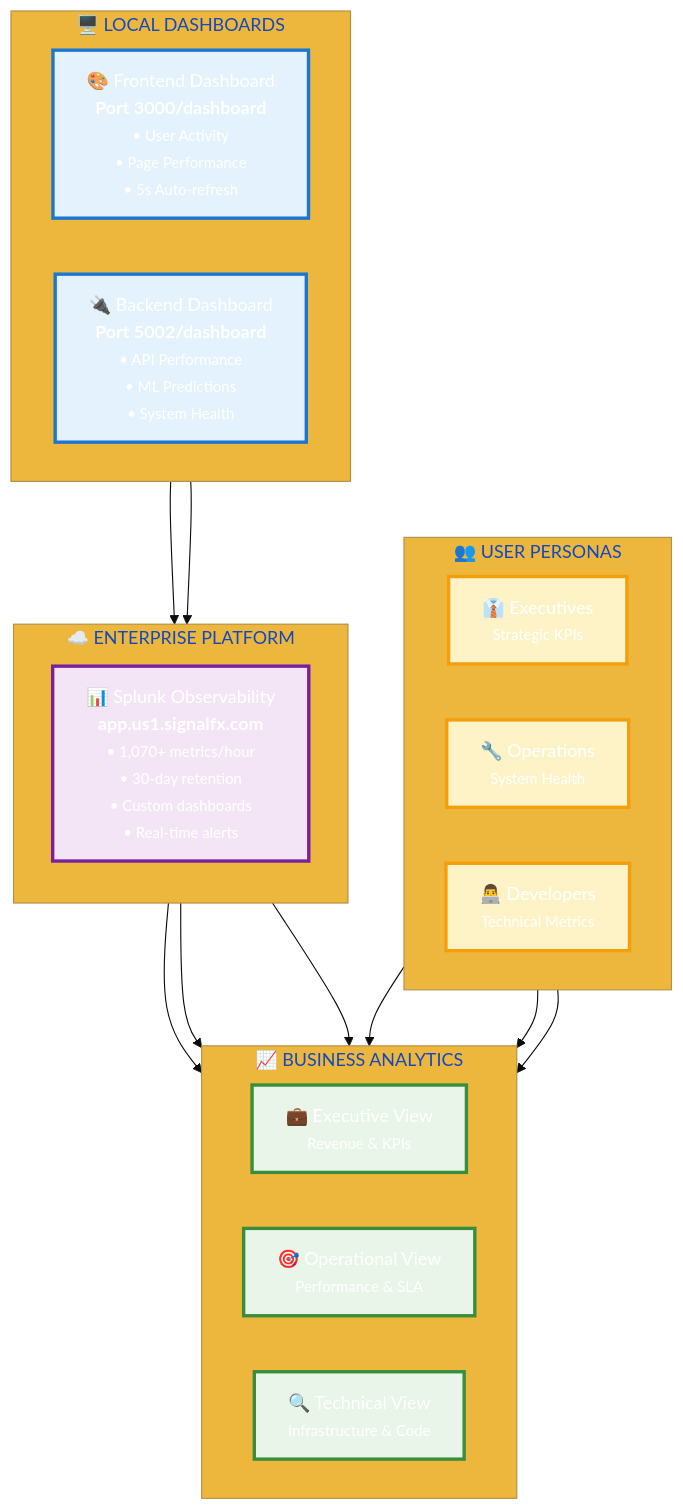
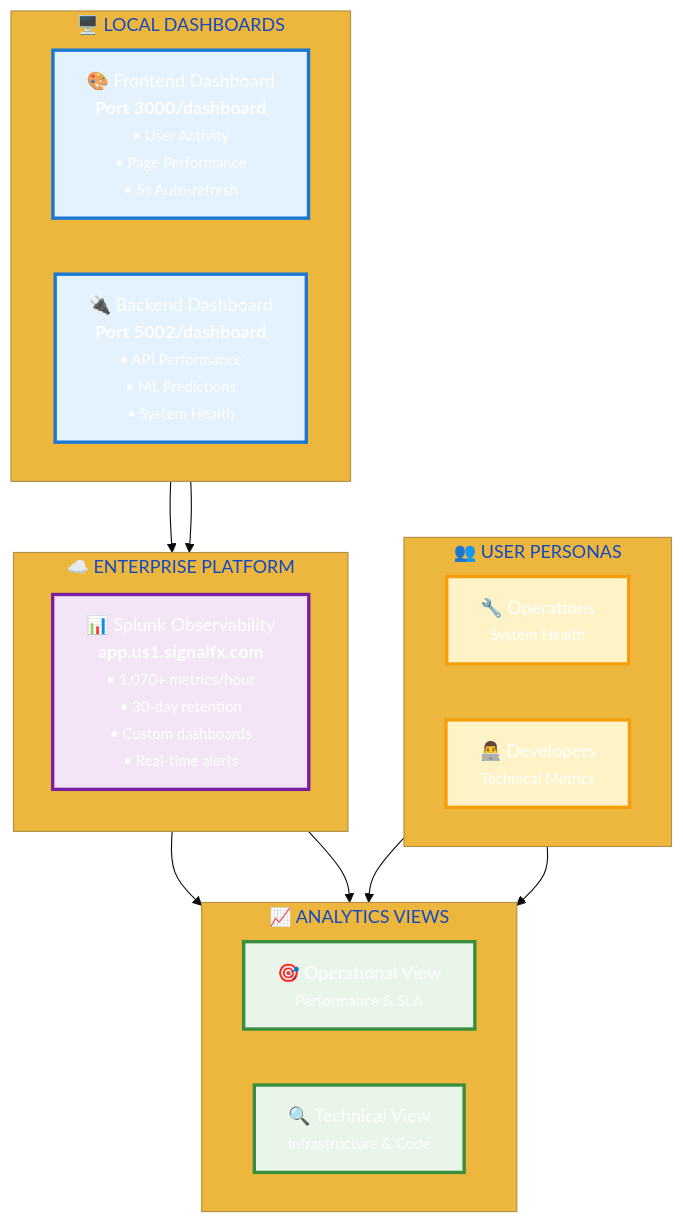
The fourth of 4 diagrams in docs/jenkins/DOCUMENTATION_FOR_EXPO.md (andreaendigital/CarPricePredictor-Demo), drawn with Mermaid before and after one commit.

Commit message:
docs: Simplify Dashboard Architecture - remove executive components
- Remove Executive persona from user personas section
- Remove Executive View from business analytics
- Simplify to Operations and Developers focus only
- Update analytics section title to 'Analytics Views'
- Streamline dashboard architecture for technical audiences
- Maintain professional styling and enterprise platform integration

````diff
--- a/docs/jenkins/DOCUMENTATION_FOR_EXPO.md
+++ b/docs/jenkins/DOCUMENTATION_FOR_EXPO.md
@@ -350,50 +350,50 @@
 ```mermaid
 %%{init: {'theme': 'base', 'themeVariables': {'primaryColor': '#2563eb', 'primaryTextColor': '#ffffff'}}}%%
 
 flowchart TB
     subgraph USERS ["👥 USER PERSONAS"]
         direction LR
-        U1["👔 Executives<br/><small>Strategic KPIs</small>"]
+
         U2["🔧 Operations<br/><small>System Health</small>"]
         U3["👨‍💻 Developers<br/><small>Technical Metrics</small>"]
     end
 
     subgraph LOCAL ["🖥️ LOCAL DASHBOARDS"]
         direction LR
         L1["🎨 Frontend Dashboard<br/><b>Port 3000/dashboard</b><br/><small>• User Activity<br/>• Page Performance<br/>• 5s Auto-refresh</small>"]
         L2["🔌 Backend Dashboard<br/><b>Port 5002/dashboard</b><br/><small>• API Performance<br/>• ML Predictions<br/>• System Health</small>"]
     end
 
     subgraph ENTERPRISE ["☁️ ENTERPRISE PLATFORM"]
         direction TB
         E1["📊 Splunk Observability<br/><b>app.us1.signalfx.com</b><br/><small>• 1,070+ metrics/hour<br/>• 30-day retention<br/>• Custom dashboards<br/>• Real-time alerts</small>"]
     end
 
-    subgraph ANALYTICS ["📈 BUSINESS ANALYTICS"]
+    subgraph ANALYTICS ["📈 ANALYTICS VIEWS"]
         direction LR
-        A1["💼 Executive View<br/><small>Revenue & KPIs</small>"]
+
         A2["🎯 Operational View<br/><small>Performance & SLA</small>"]
         A3["🔍 Technical View<br/><small>Infrastructure & Code</small>"]
     end
 
-    U1 --> A1
+
     U2 --> A2
     U3 --> A3
 
     L1 --> E1
     L2 --> E1
 
-    E1 --> A1
+
     E1 --> A2
     E1 --> A3
 
     classDef users fill:#fef3c7,stroke:#f59e0b,stroke-width:3px
     classDef local fill:#e3f2fd,stroke:#1976d2,stroke-width:3px
     classDef enterprise fill:#f3e5f5,stroke:#7b1fa2,stroke-width:3px
     classDef analytics fill:#e8f5e8,stroke:#388e3c,stroke-width:3px
 
-    class U1,U2,U3 users
+    class U2,U3 users
     class L1,L2 local
     class E1 enterprise
-    class A1,A2,A3 analytics
+    class A2,A3 analytics
 ```
````
